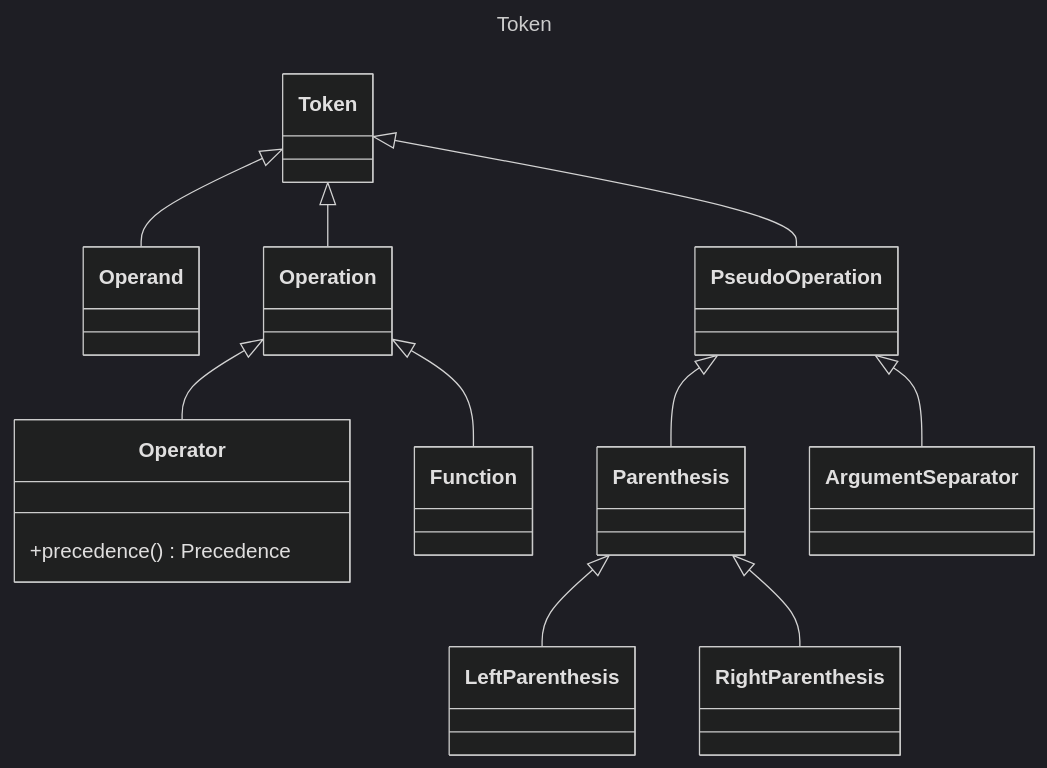
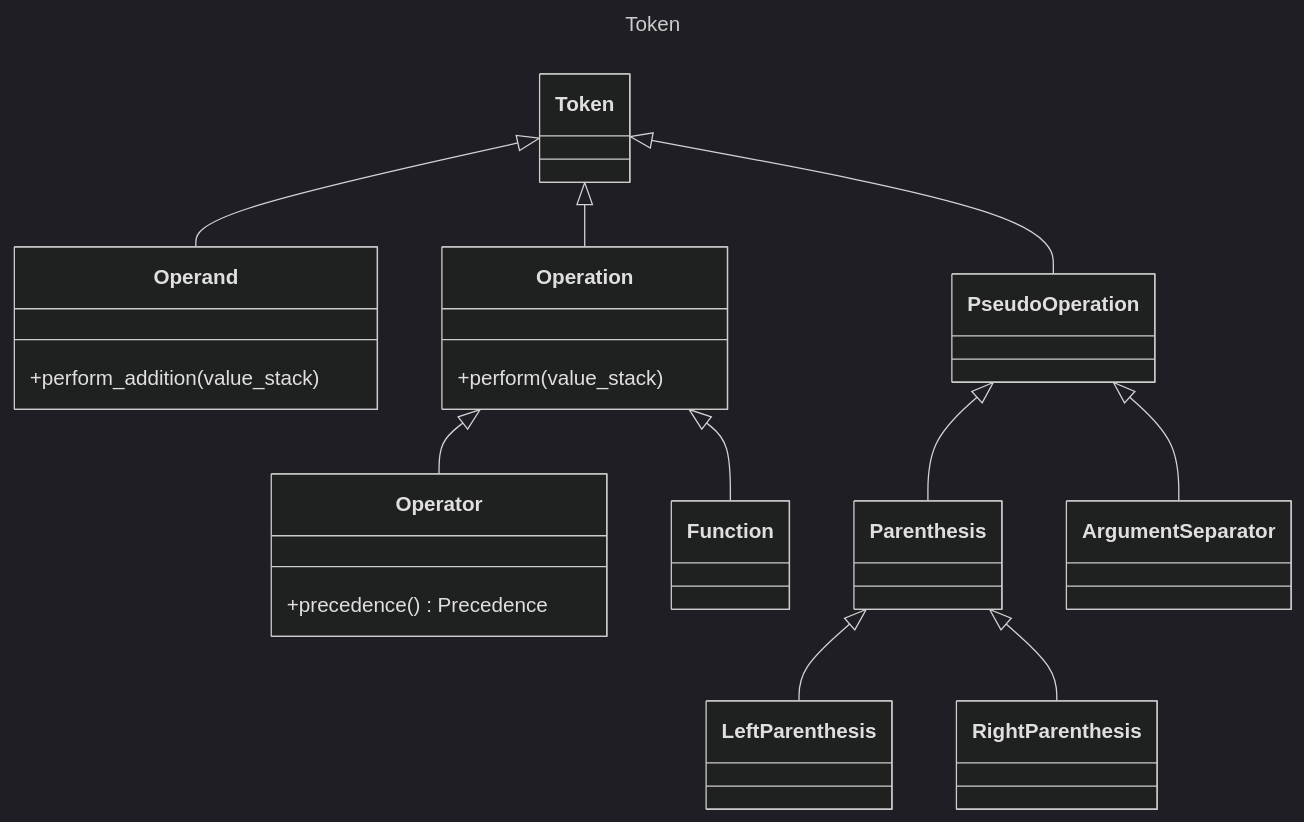
The diagram in !docs/Token.md (khangvum/exprevaluator), drawn with Mermaid (dark theme) before and after one commit.

````diff
--- a/!docs/Token.md
+++ b/!docs/Token.md
@@ -1,37 +1,41 @@
 ```mermaid
 ---
 title: Token
 ---
 classDiagram
     class Token
 
-    class Operand
+    class Operand {
+        +perform_addition(value_stack)
+    }
 
-    class Operation
+    class Operation {
+        +perform(value_stack)
+    }
 
     class PseudoOperation
 
     class Operator {
         +precedence() Precedence
     }
 
     class Function
 
     class Parenthesis
 
     class ArgumentSeparator
 
     class LeftParenthesis
 
     class RightParenthesis
 
     Token <|-- Operand
     Token <|-- Operation
     Token <|-- PseudoOperation
     PseudoOperation <|-- Parenthesis
     PseudoOperation <|-- ArgumentSeparator
     Parenthesis <|-- LeftParenthesis
     Parenthesis <|-- RightParenthesis
     Operation <|-- Operator
     Operation <|-- Function
 ```
````
